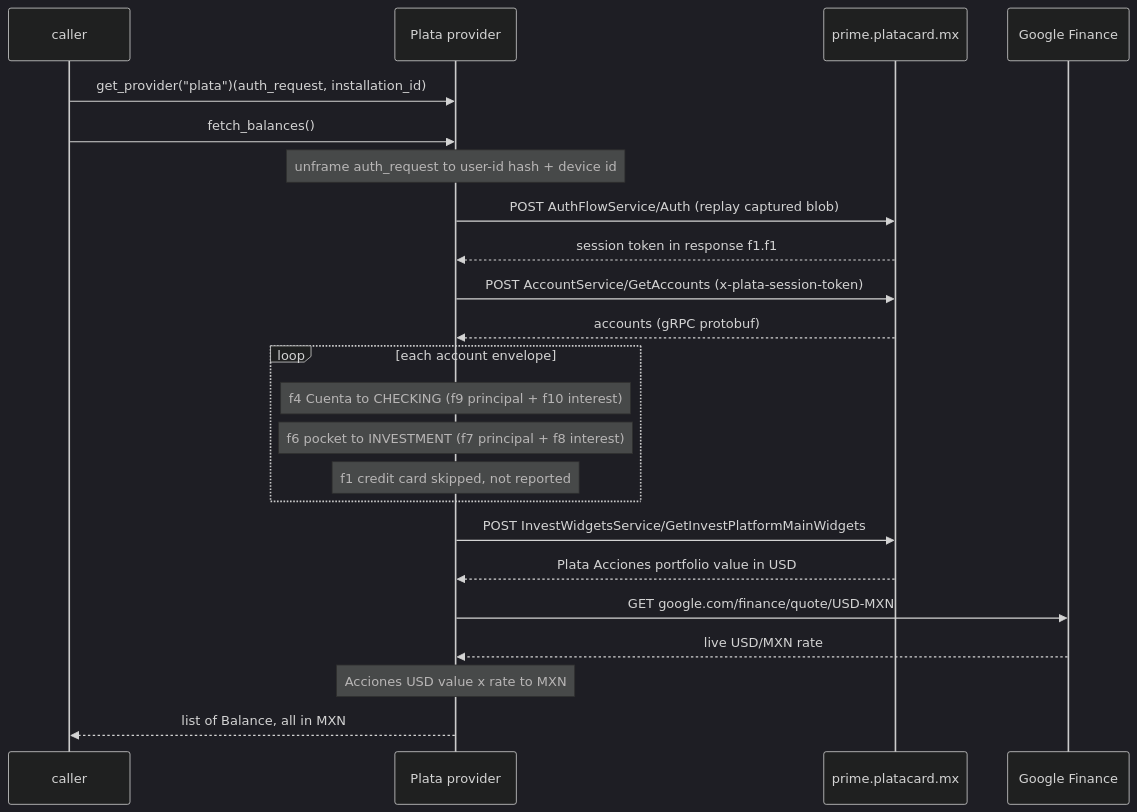
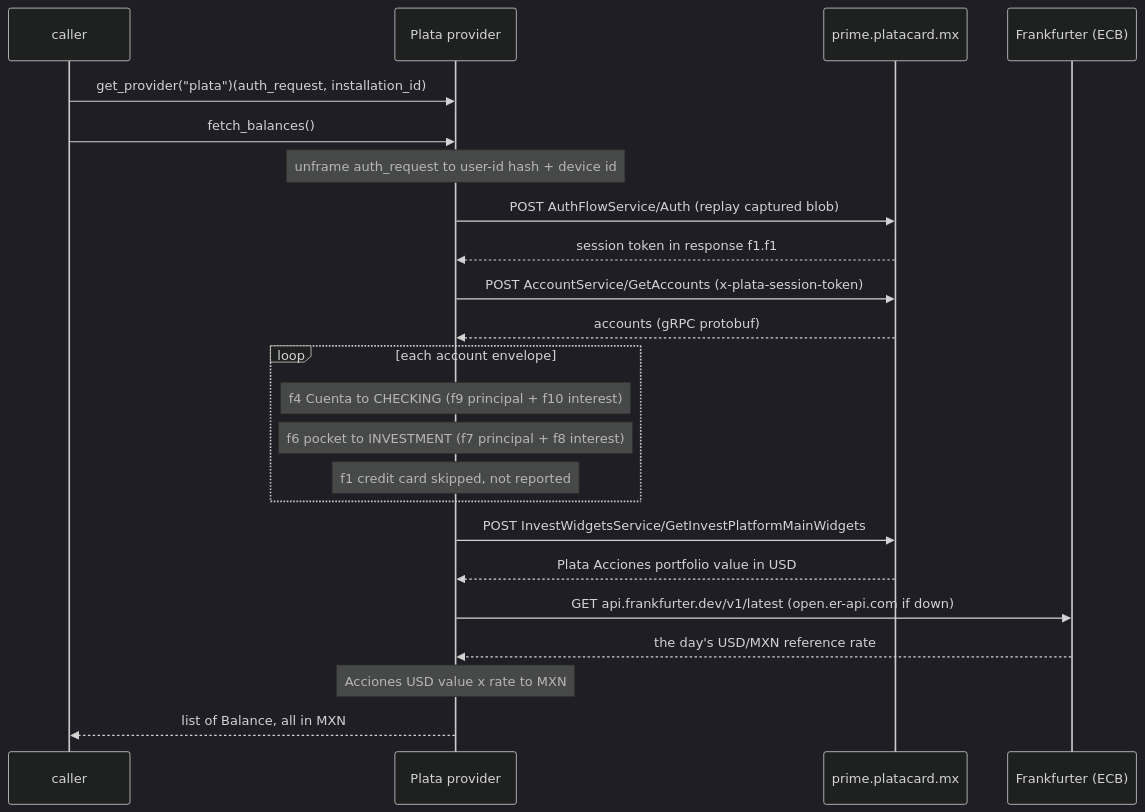
Before and after one commit to PaoloReyes/finscraper-mx: the second of 2 diagrams in docs/flows/plata.md, drawn with Mermaid (dark theme). The commit also changed other lines of this file and 3 other files, not shown here.

First line of the commit message:
Plata: convert Acciones at the day's ECB USD/MXN rate, not a scraped live quote

````diff
--- a/docs/flows/plata.md
+++ b/docs/flows/plata.md
@@ -45,26 +45,26 @@
 ```mermaid
 sequenceDiagram
   participant C as caller
   participant P as Plata provider
   participant S as prime.platacard.mx
-  participant G as Google Finance
+  participant G as Frankfurter (ECB)
 
   C->>P: get_provider("plata")(auth_request, installation_id)
   C->>P: fetch_balances()
   Note over P: unframe auth_request to user-id hash + device id
   P->>S: POST AuthFlowService/Auth (replay captured blob)
   S-->>P: session token in response f1.f1
   P->>S: POST AccountService/GetAccounts (x-plata-session-token)
   S-->>P: accounts (gRPC protobuf)
   loop each account envelope
     Note over P: f4 Cuenta to CHECKING (f9 principal + f10 interest)
     Note over P: f6 pocket to INVESTMENT (f7 principal + f8 interest)
     Note over P: f1 credit card skipped, not reported
   end
   P->>S: POST InvestWidgetsService/GetInvestPlatformMainWidgets
   S-->>P: Plata Acciones portfolio value in USD
-  P->>G: GET google.com/finance/quote/USD-MXN
-  G-->>P: live USD/MXN rate
+  P->>G: GET api.frankfurter.dev/v1/latest (open.er-api.com if down)
+  G-->>P: the day's USD/MXN reference rate
   Note over P: Acciones USD value x rate to MXN
   P-->>C: list of Balance, all in MXN
 ```
````
